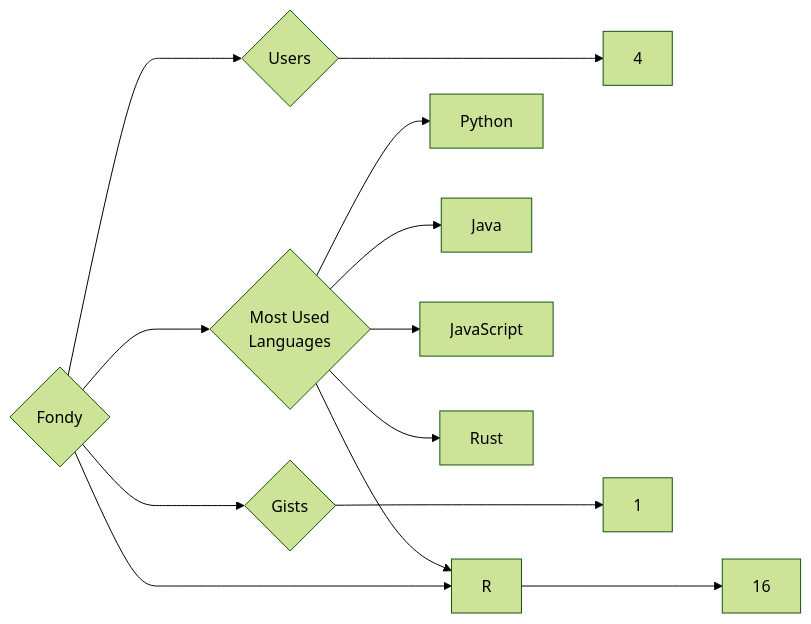
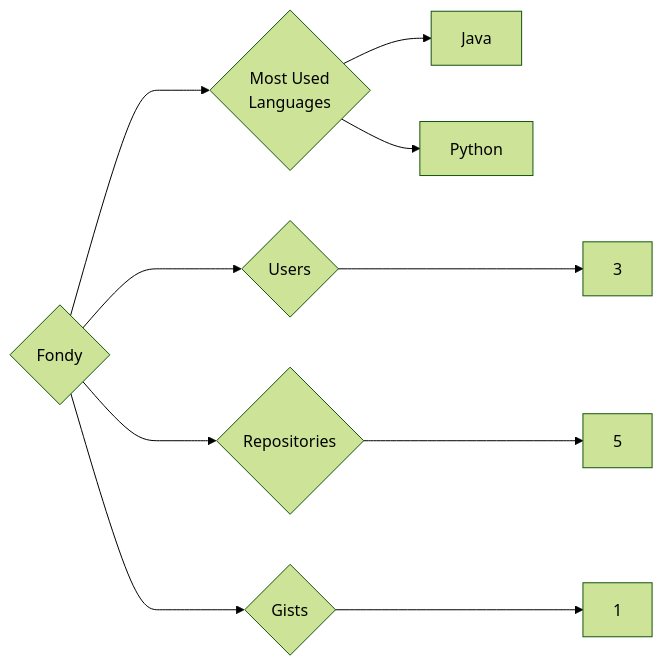
One commit to trickest/insiders changed the diagram in targets/Fondy/README.md. Above: the diagram before and after it, drawn with Mermaid (forest theme). The commit also changed 715 other files, not shown here.

````diff
--- a/targets/Fondy/README.md
+++ b/targets/Fondy/README.md
@@ -3,13 +3,10 @@
 ```mermaid
 graph LR
 COMPANY_NAME{Fondy}
-COMPANY_NAME ---> U{Users} ---> UN[4]
-COMPANY_NAME ---> R{Repositories} ---> RN[16]
+COMPANY_NAME ---> U{Users} ---> UN[3]
+COMPANY_NAME ---> R{Repositories} ---> RN[5]
 COMPANY_NAME ---> G{Gists} ---> GN[1]
 COMPANY_NAME ---> ML{Most Used<br>Languages}
+ML --> Java[Java]
 ML --> Python[Python]
-ML --> Java[Java]
-ML --> JavaScript[JavaScript]
-ML --> Rust[Rust]
-ML --> R[R]
 ```
````
